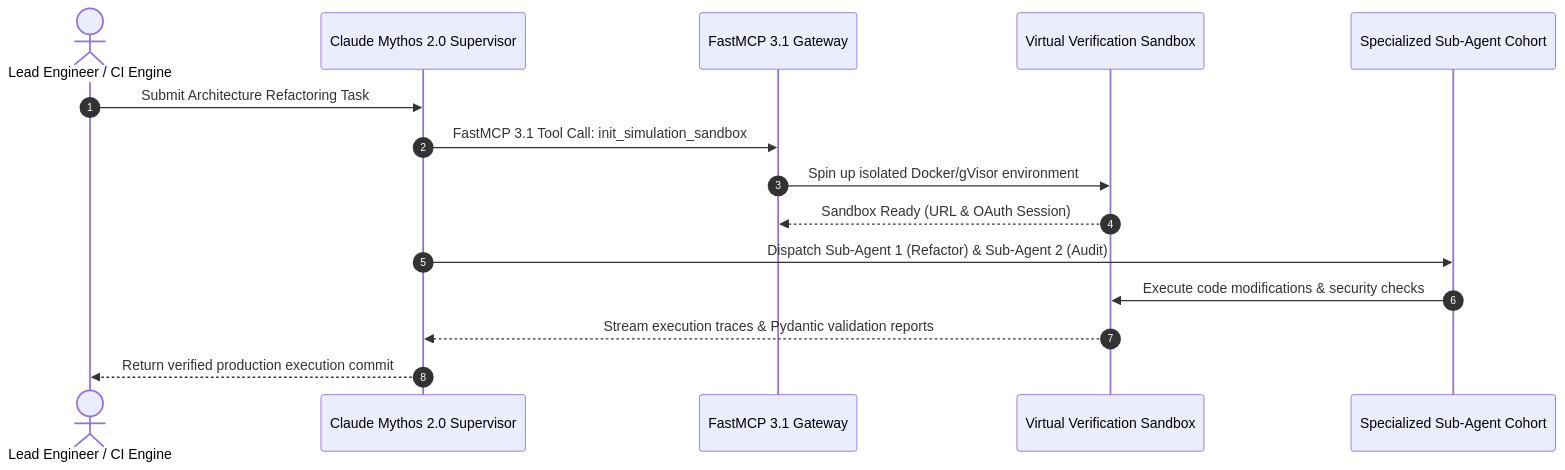
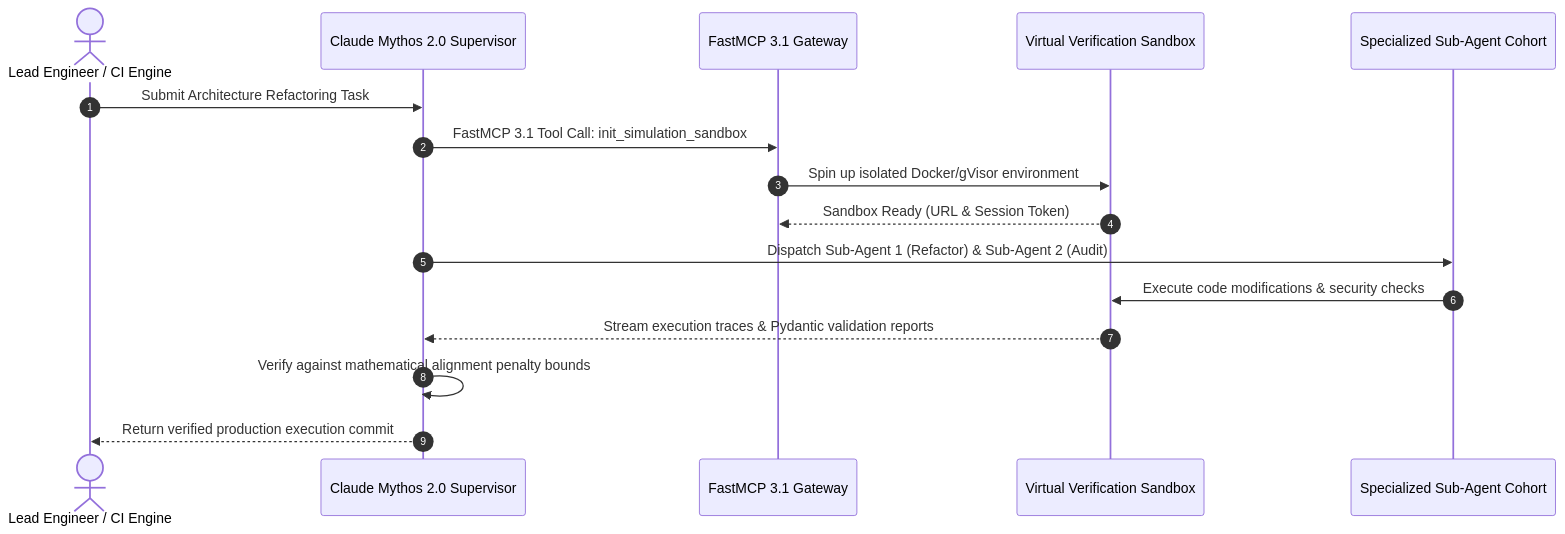
Before and after one commit to joanmarcriera/Home-office-automations: the diagram in docs/tools/ai_knowledge/claude-mythos.md, drawn with Mermaid. The commit also changed other lines of this file and 5 other files, not shown here.

````diff
--- a/docs/tools/ai_knowledge/claude-mythos.md
+++ b/docs/tools/ai_knowledge/claude-mythos.md
@@ -34,18 +94,19 @@
 ```mermaid
 sequenceDiagram
     autonumber
     actor Developer as Lead Engineer / CI Engine
     participant Mythos as Claude Mythos 2.0 Supervisor
     participant FastMCP as FastMCP 3.1 Gateway
     participant Sandbox as Virtual Verification Sandbox
     participant SubAgent as Specialized Sub-Agent Cohort
 
     Developer->>Mythos: Submit Architecture Refactoring Task
     Mythos->>FastMCP: FastMCP 3.1 Tool Call: init_simulation_sandbox
     FastMCP->>Sandbox: Spin up isolated Docker/gVisor environment
-    Sandbox-->>FastMCP: Sandbox Ready (URL & OAuth Session)
+    Sandbox-->>FastMCP: Sandbox Ready (URL & Session Token)
     Mythos->>SubAgent: Dispatch Sub-Agent 1 (Refactor) & Sub-Agent 2 (Audit)
     SubAgent->>Sandbox: Execute code modifications & security checks
     Sandbox-->>Mythos: Stream execution traces & Pydantic validation reports
+    Mythos->>Mythos: Verify against mathematical alignment penalty bounds
     Mythos-->>Developer: Return verified production execution commit
 ```
````
